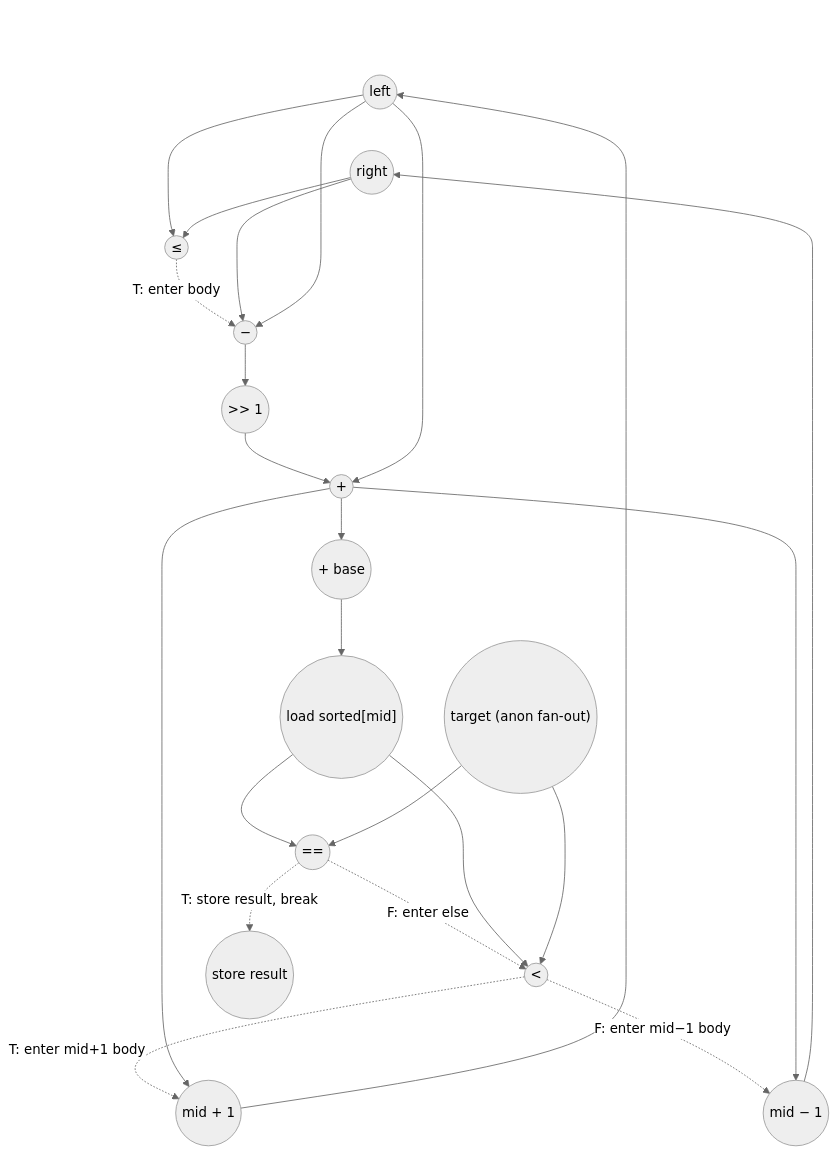
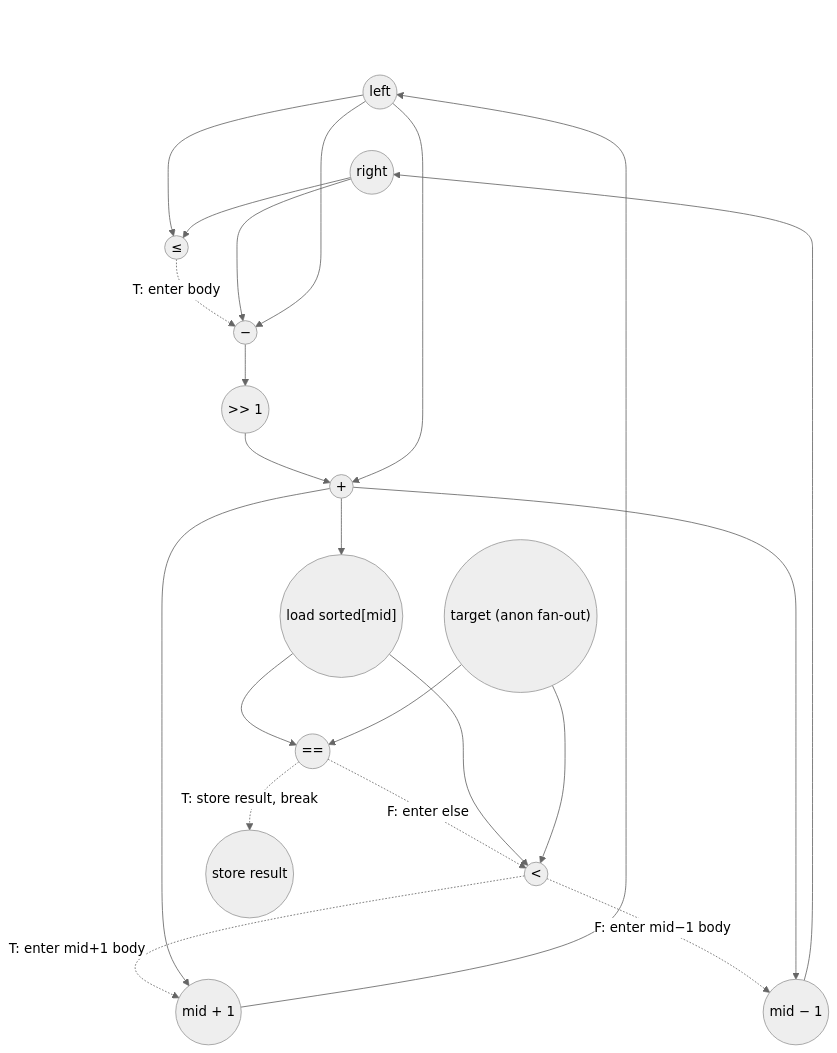
The diagram in tests/app/binary_search/binary_search_eval.md (PolyArch/loom), drawn with Mermaid (neutral theme) before and after one commit. The commit also changed other lines of this file and 8 other files, not shown here.

````diff
--- a/tests/app/binary_search/binary_search_eval.md
+++ b/tests/app/binary_search/binary_search_eval.md
@@ -109,68 +108,64 @@
 ```mermaid
 graph TD
     %% Formatting
     top_anchor[" "]:::hidden
     classDef hidden fill:transparent,stroke:transparent,color:transparent
     top_anchor ~~~ left ~~~ right ~~~ target
 
     %% Memory-backed carried scalars (`left`, `right`) are multi-assignment + loop-carried → 1-cycle named load each per inner iter.
     %% `target` is anonymous dataflow (single-decl, not loop-carried) → free fan-out from the outer `load input_targets[t]`, no per-iter load.
     left(("left"))
     right(("right"))
     target(("target (anon fan-out)"))
 
     %% Body compute
     cmp_le((" ≤ "))
     sub((" − "))
     shift((" >> 1 "))
     add_mid((" + "))
-    addr((" + base "))
     ld_sorted(("load sorted[mid]"))
     cmp_eq((" == "))
     cmp_lt((" < "))
     add_p1((" mid + 1 "))
     sub_m1((" mid − 1 "))
 
     %% Stores (carry-out)
     st_result(("store result"))
 
     %% Bound check (gates body entry under strict no-pred)
     left --> cmp_le
     right --> cmp_le
 
     %% Compute mid (waits for cmp_le under strict)
     cmp_le -. T: enter body .-> sub
     right --> sub
     left --> sub
     sub --> shift
     shift --> add_mid
     left --> add_mid
 
-    %% Load sorted[mid]
-    add_mid --> addr
-    addr --> ld_sorted
+    %% Load sorted[mid] (bare subscript `mid` → no addr-gen node, mid feeds the load directly)
+    add_mid --> ld_sorted
 
     %% Compare against target (cmp_lt is in the else of cmp_eq → waits for cmp_eq)
     ld_sorted --> cmp_eq
     target --> cmp_eq
     cmp_eq -. F: enter else .-> cmp_lt
     ld_sorted --> cmp_lt
     target --> cmp_lt
 
     %% Update arithmetic — waits for cmp_lt under strict (inside else-if body)
     cmp_lt -. T: enter mid+1 body .-> add_p1
     cmp_lt -. F: enter mid−1 body .-> sub_m1
     add_mid --> add_p1
     add_mid --> sub_m1
 
     %% Break path
     cmp_eq -. T: store result, break .-> st_result
 
     %% Continue path (the taken arm's store closes the carry)
     add_p1 --> left
     sub_m1 --> right
 
-    %% Critical path (11-cycle body): right → cmp_le → [gate] → sub → shift → add_mid → addr → ld_sorted → cmp_eq → [gate] → cmp_lt → [gate] → add_p1 → left
-    %% Highlights the dataflow chain plus the three strict no-pred compare→body gates (5, 15, 18)
-    %% linkStyle 4,5,8,9,11,12,13,15,18,23 stroke:#ff0000,stroke-width:3px;
+    %% Critical path (10-cycle body): right → cmp_le → [gate] → sub → shift → add_mid → ld_sorted → cmp_eq → [gate] → cmp_lt → [gate] → add_p1 → left
 ```
````
